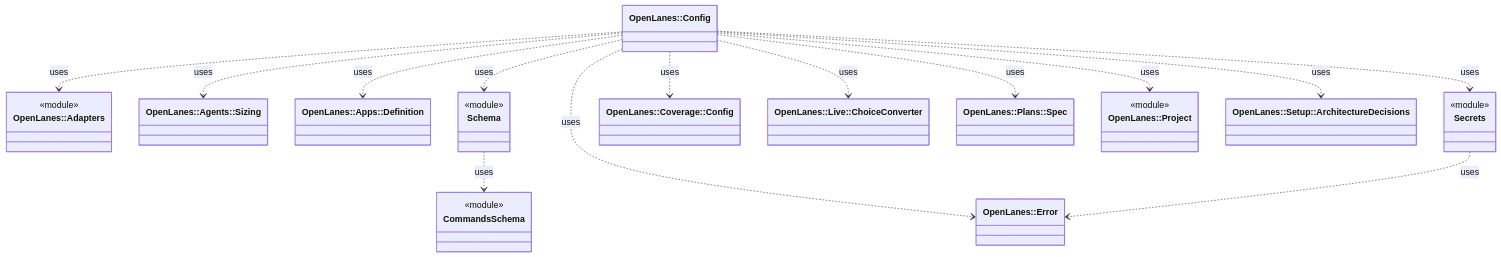
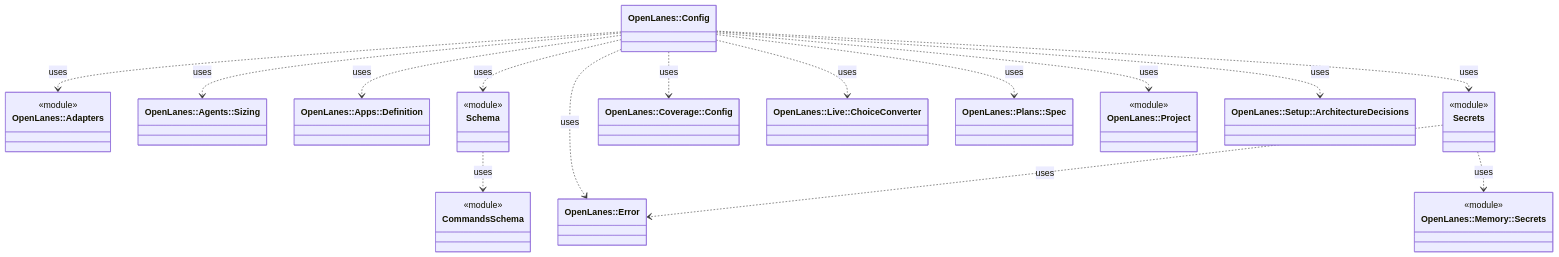
One commit to kigster/openlanes changed the diagram in docs/architecture/openlanes-config.md. Above: the diagram before and after it, drawn with Mermaid. The commit also changed 2 other files, not shown here.

Commit message:
Regenerate the architecture diagrams
Config::Secrets and Web::Settings gained and lost methods.

````diff
--- a/docs/architecture/openlanes-config.md
+++ b/docs/architecture/openlanes-config.md
@@ -5,34 +5,37 @@
 ```mermaid
 classDiagram
   class OpenLanes__Adapters["OpenLanes::Adapters"]
   <<module>> OpenLanes__Adapters
   class OpenLanes__Agents__Sizing["OpenLanes::Agents::Sizing"]
   class OpenLanes__Apps__Definition["OpenLanes::Apps::Definition"]
   class OpenLanes__Config["OpenLanes::Config"]
   class OpenLanes__Config__CommandsSchema["CommandsSchema"]
   <<module>> OpenLanes__Config__CommandsSchema
   class OpenLanes__Config__Schema["Schema"]
   <<module>> OpenLanes__Config__Schema
   class OpenLanes__Config__Secrets["Secrets"]
   <<module>> OpenLanes__Config__Secrets
   class OpenLanes__Coverage__Config["OpenLanes::Coverage::Config"]
   class OpenLanes__Error["OpenLanes::Error"]
   class OpenLanes__Live__ChoiceConverter["OpenLanes::Live::ChoiceConverter"]
+  class OpenLanes__Memory__Secrets["OpenLanes::Memory::Secrets"]
+  <<module>> OpenLanes__Memory__Secrets
   class OpenLanes__Plans__Spec["OpenLanes::Plans::Spec"]
   class OpenLanes__Project["OpenLanes::Project"]
   <<module>> OpenLanes__Project
   class OpenLanes__Setup__ArchitectureDecisions["OpenLanes::Setup::ArchitectureDecisions"]
   OpenLanes__Config ..> OpenLanes__Adapters : uses
   OpenLanes__Config ..> OpenLanes__Agents__Sizing : uses
   OpenLanes__Config ..> OpenLanes__Apps__Definition : uses
   OpenLanes__Config ..> OpenLanes__Config__Schema : uses
   OpenLanes__Config ..> OpenLanes__Config__Secrets : uses
   OpenLanes__Config ..> OpenLanes__Coverage__Config : uses
   OpenLanes__Config ..> OpenLanes__Error : uses
   OpenLanes__Config ..> OpenLanes__Live__ChoiceConverter : uses
   OpenLanes__Config ..> OpenLanes__Plans__Spec : uses
   OpenLanes__Config ..> OpenLanes__Project : uses
   OpenLanes__Config ..> OpenLanes__Setup__ArchitectureDecisions : uses
   OpenLanes__Config__Schema ..> OpenLanes__Config__CommandsSchema : uses
   OpenLanes__Config__Secrets ..> OpenLanes__Error : uses
+  OpenLanes__Config__Secrets ..> OpenLanes__Memory__Secrets : uses
 ```
````
